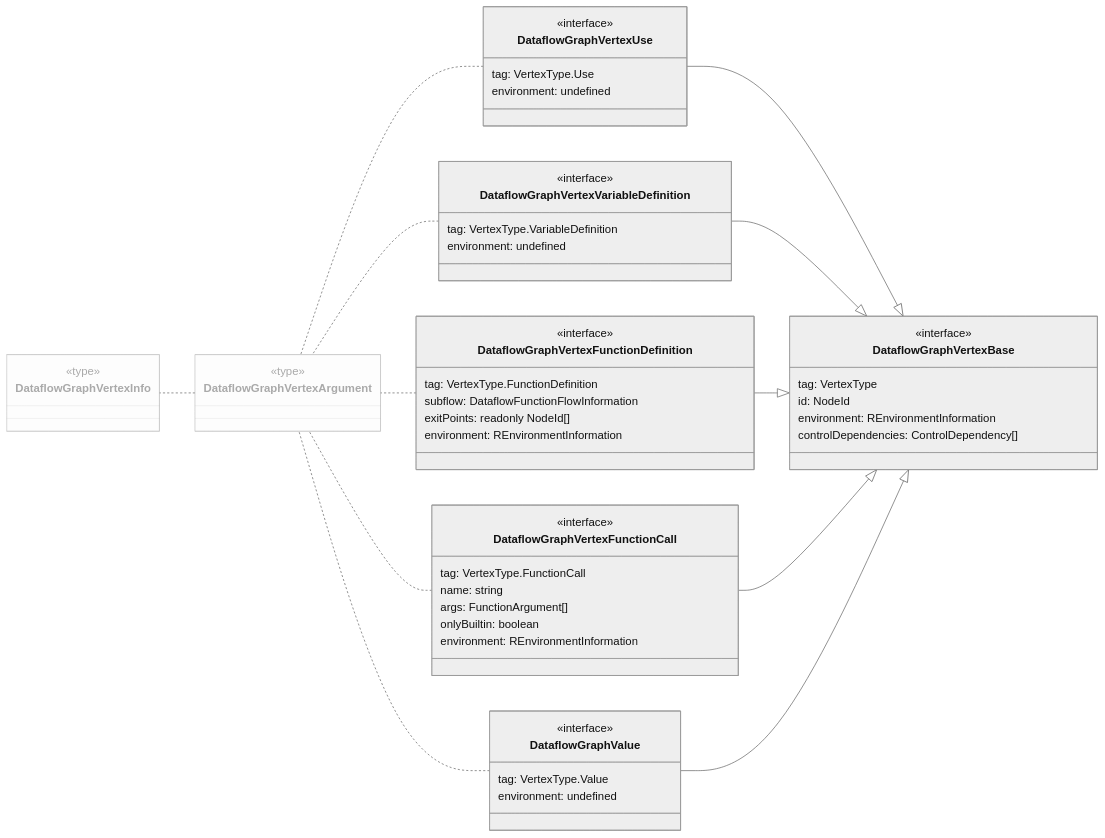
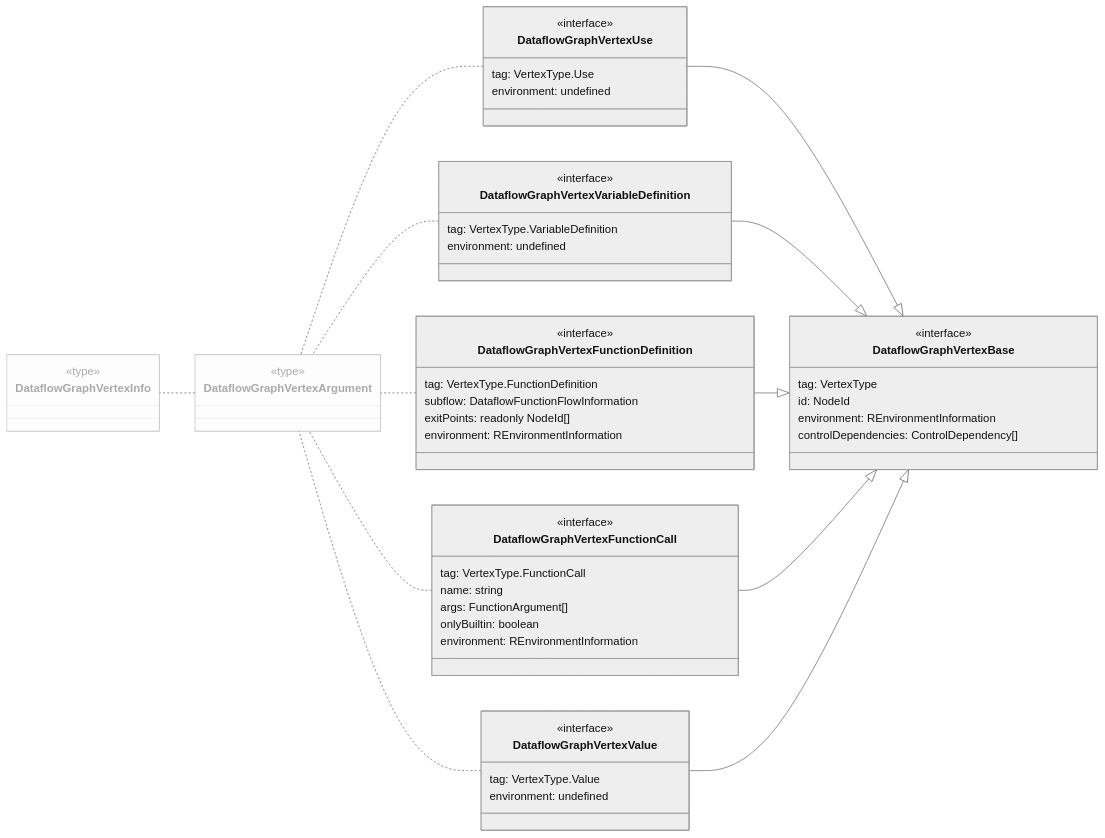
One commit to flowr-analysis/flowr changed the second of 26 diagrams in wiki/Dataflow Graph.md. Above: the diagram before and after it, drawn with Mermaid (neutral theme). The commit also changed other lines of this file and 2 other files, not shown here.

Commit message:
wip: working on doc of dataflow graph use

````diff
--- a/wiki/Dataflow Graph.md
+++ b/wiki/Dataflow Graph.md
@@ -156,60 +156,60 @@
 ```mermaid
 classDiagram
 direction RL
 class DataflowGraphVertexInfo
     <<type>> DataflowGraphVertexInfo
 style DataflowGraphVertexInfo opacity:.35,fill:#FAFAFA
 click DataflowGraphVertexInfo href "https://github.com/flowr-analysis/flowr/tree/main//src/dataflow/graph/vertex.ts#L104" ""
 class DataflowGraphVertexArgument
     <<type>> DataflowGraphVertexArgument
 style DataflowGraphVertexArgument opacity:.35,fill:#FAFAFA
 click DataflowGraphVertexArgument href "https://github.com/flowr-analysis/flowr/tree/main//src/dataflow/graph/vertex.ts#L103" ""
 class DataflowGraphVertexUse
     <<interface>> DataflowGraphVertexUse
     DataflowGraphVertexUse : tag#58; VertexType.Use
     DataflowGraphVertexUse : environment#58; undefined
 click DataflowGraphVertexUse href "https://github.com/flowr-analysis/flowr/tree/main//src/dataflow/graph/vertex.ts#L56" "Arguments required to construct a vertex which represents the usage of a variable in the dataflow graph."
 class DataflowGraphVertexBase
     <<interface>> DataflowGraphVertexBase
     DataflowGraphVertexBase : tag#58; VertexType
     DataflowGraphVertexBase : id#58; NodeId
     DataflowGraphVertexBase : environment#58; REnvironmentInformation
     DataflowGraphVertexBase : controlDependencies#58; ControlDependency#91;#93;
 click DataflowGraphVertexBase href "https://github.com/flowr-analysis/flowr/tree/main//src/dataflow/graph/vertex.ts#L25" "Arguments required to construct a vertex in the dataflow graph."
 class DataflowGraphVertexVariableDefinition
     <<interface>> DataflowGraphVertexVariableDefinition
     DataflowGraphVertexVariableDefinition : tag#58; VertexType.VariableDefinition
     DataflowGraphVertexVariableDefinition : environment#58; undefined
 click DataflowGraphVertexVariableDefinition href "https://github.com/flowr-analysis/flowr/tree/main//src/dataflow/graph/vertex.ts#L82" "Arguments required to construct a vertex which represents the definition of a variable in the dataflow graph."
 class DataflowGraphVertexFunctionDefinition
     <<interface>> DataflowGraphVertexFunctionDefinition
     DataflowGraphVertexFunctionDefinition : tag#58; VertexType.FunctionDefinition
     DataflowGraphVertexFunctionDefinition : subflow#58; DataflowFunctionFlowInformation
     DataflowGraphVertexFunctionDefinition : exitPoints#58; readonly NodeId#91;#93;
     DataflowGraphVertexFunctionDefinition : environment#58; REnvironmentInformation
 click DataflowGraphVertexFunctionDefinition href "https://github.com/flowr-analysis/flowr/tree/main//src/dataflow/graph/vertex.ts#L87" ""
 class DataflowGraphVertexFunctionCall
     <<interface>> DataflowGraphVertexFunctionCall
     DataflowGraphVertexFunctionCall : tag#58; VertexType.FunctionCall
     DataflowGraphVertexFunctionCall : name#58; string
     DataflowGraphVertexFunctionCall : args#58; FunctionArgument#91;#93;
     DataflowGraphVertexFunctionCall : onlyBuiltin#58; boolean
     DataflowGraphVertexFunctionCall : environment#58; REnvironmentInformation
 click DataflowGraphVertexFunctionCall href "https://github.com/flowr-analysis/flowr/tree/main//src/dataflow/graph/vertex.ts#L64" "Arguments required to construct a vertex which represents the usage of a variable in the dataflow graph."
-class DataflowGraphValue
-    <<interface>> DataflowGraphValue
-    DataflowGraphValue : tag#58; VertexType.Value
-    DataflowGraphValue : environment#58; undefined
-click DataflowGraphValue href "https://github.com/flowr-analysis/flowr/tree/main//src/dataflow/graph/vertex.ts#L47" "Marker vertex for a value in the dataflow of the program."
+class DataflowGraphVertexValue
+    <<interface>> DataflowGraphVertexValue
+    DataflowGraphVertexValue : tag#58; VertexType.Value
+    DataflowGraphVertexValue : environment#58; undefined
+click DataflowGraphVertexValue href "https://github.com/flowr-analysis/flowr/tree/main//src/dataflow/graph/vertex.ts#L47" "Marker vertex for a value in the dataflow of the program."
 DataflowGraphVertexArgument .. DataflowGraphVertexInfo
 DataflowGraphVertexUse .. DataflowGraphVertexArgument
 DataflowGraphVertexBase <|-- DataflowGraphVertexUse
 DataflowGraphVertexVariableDefinition .. DataflowGraphVertexArgument
 DataflowGraphVertexBase <|-- DataflowGraphVertexVariableDefinition
 DataflowGraphVertexFunctionDefinition .. DataflowGraphVertexArgument
 DataflowGraphVertexBase <|-- DataflowGraphVertexFunctionDefinition
 DataflowGraphVertexFunctionCall .. DataflowGraphVertexArgument
 DataflowGraphVertexBase <|-- DataflowGraphVertexFunctionCall
-DataflowGraphValue .. DataflowGraphVertexArgument
-DataflowGraphVertexBase <|-- DataflowGraphValue
+DataflowGraphVertexValue .. DataflowGraphVertexArgument
+DataflowGraphVertexBase <|-- DataflowGraphVertexValue
 ```
````
